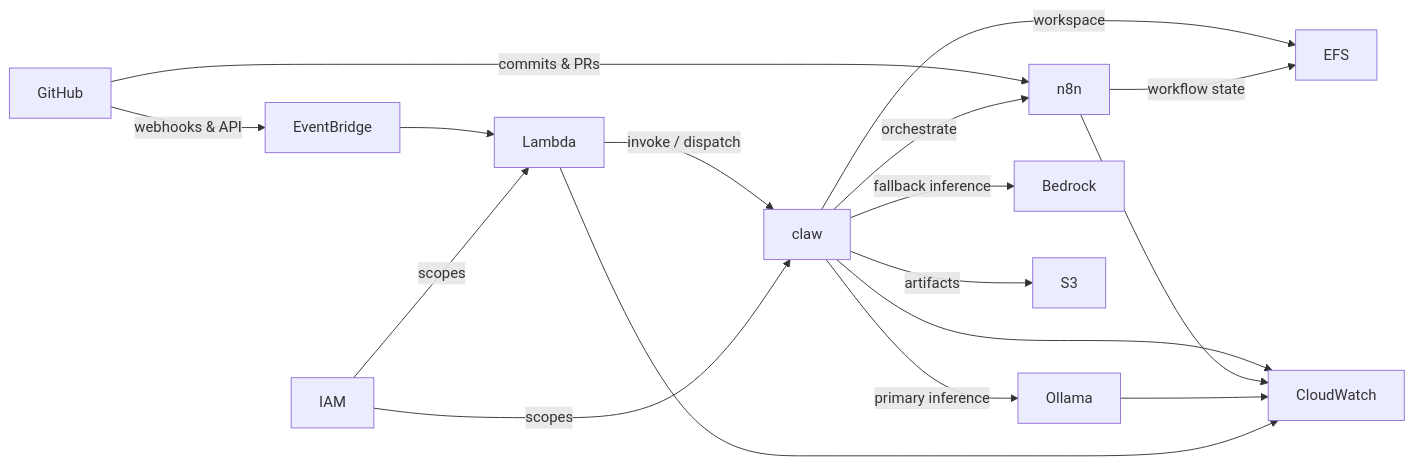
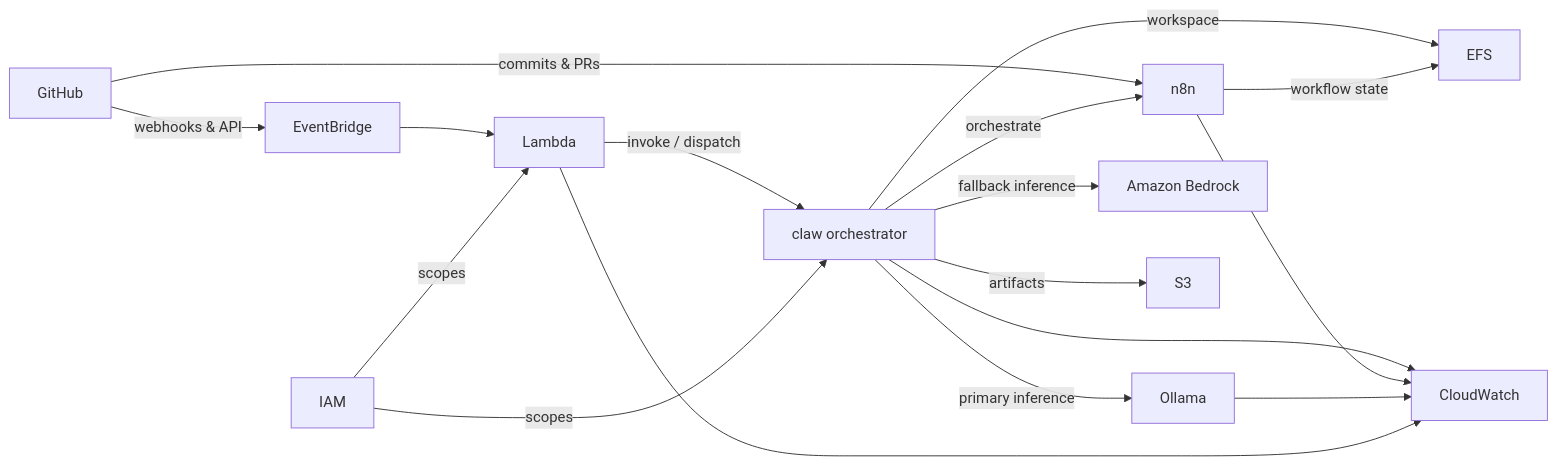
The diagram in output/releases/v0.3.0/blog.md (teddynted/ai-github-repository-blog-generator), drawn with Mermaid before and after one commit. The commit also changed other lines of this file and 1 other file, not shown here.

Commit message:
chore(output): regenerate v0.3.0 and v0.6.0 blogs with AWS diagram + archspec updates

````diff
--- a/output/releases/v0.3.0/blog.md
+++ b/output/releases/v0.3.0/blog.md
@@ -47,19 +69,22 @@
 ```mermaid
 flowchart LR
   gh[GitHub] -->|webhooks & API| eb[EventBridge]
+  eb --> lam[Lambda]
+  lam -->|invoke / dispatch| claw[claw orchestrator]
   gh -->|commits & PRs| n8n[n8n]
-  eb --> lam[Lambda]
-  lam -->|invoke / dispatch| claw[claw]
+
   claw -->|orchestrate| n8n
   claw -->|primary inference| ollama[Ollama]
-  claw -->|fallback inference| bedrock[Bedrock]
+  claw -->|fallback inference| bedrock[Amazon Bedrock]
   claw -->|workspace| efs[EFS]
   claw -->|artifacts| s3[S3]
   n8n -->|workflow state| efs
+
   iam[IAM] -->|scopes| lam
   iam -->|scopes| claw
+
   claw --> cw[CloudWatch]
   n8n --> cw
   ollama --> cw
   lam --> cw
 ```
````
